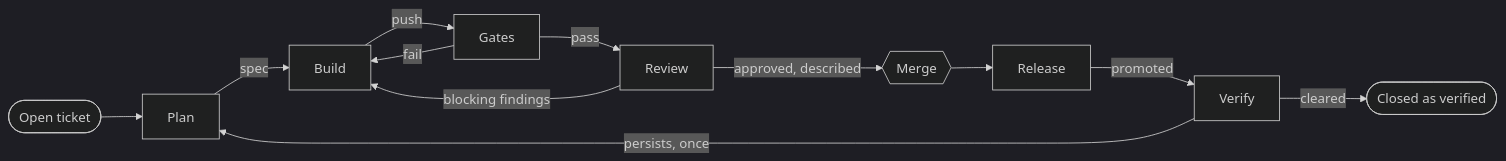
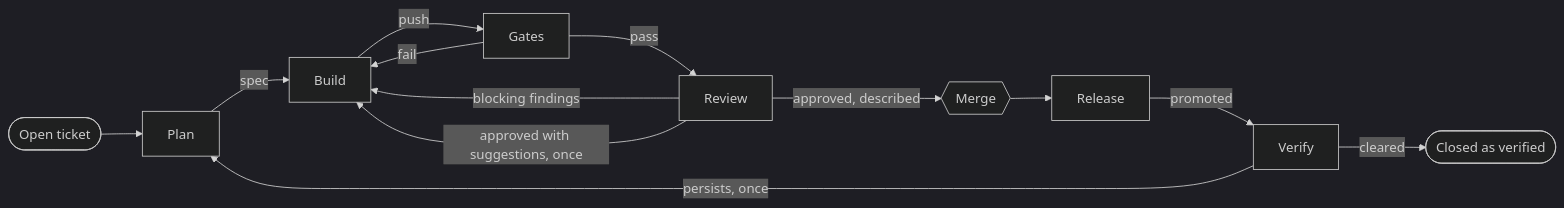
One commit to mrogan/cv-software-factory changed the first of 2 diagrams in docs/COMPONENTS/ORCHESTRATOR.md. Above: the diagram before and after it, drawn with Mermaid (dark theme). The commit also changed other lines of this file and 28 other files, not shown here.

````diff
--- a/docs/COMPONENTS/ORCHESTRATOR.md
+++ b/docs/COMPONENTS/ORCHESTRATOR.md
@@ -28,14 +28,15 @@
 ```mermaid
 flowchart LR
   ticket([Open ticket]) --> plan[Plan]
   plan -- spec --> build[Build]
   build -- push --> gates[Gates]
   gates -- fail --> build
   gates -- pass --> review[Review]
   review -- blocking findings --> build
+  review -- approved with suggestions, once --> build
   review -- approved, described --> merge{{Merge}}
   merge --> release[Release]
   release -- promoted --> verify[Verify]
   verify -- cleared --> closed([Closed as verified])
   verify -- persists, once --> plan
 ```
````
